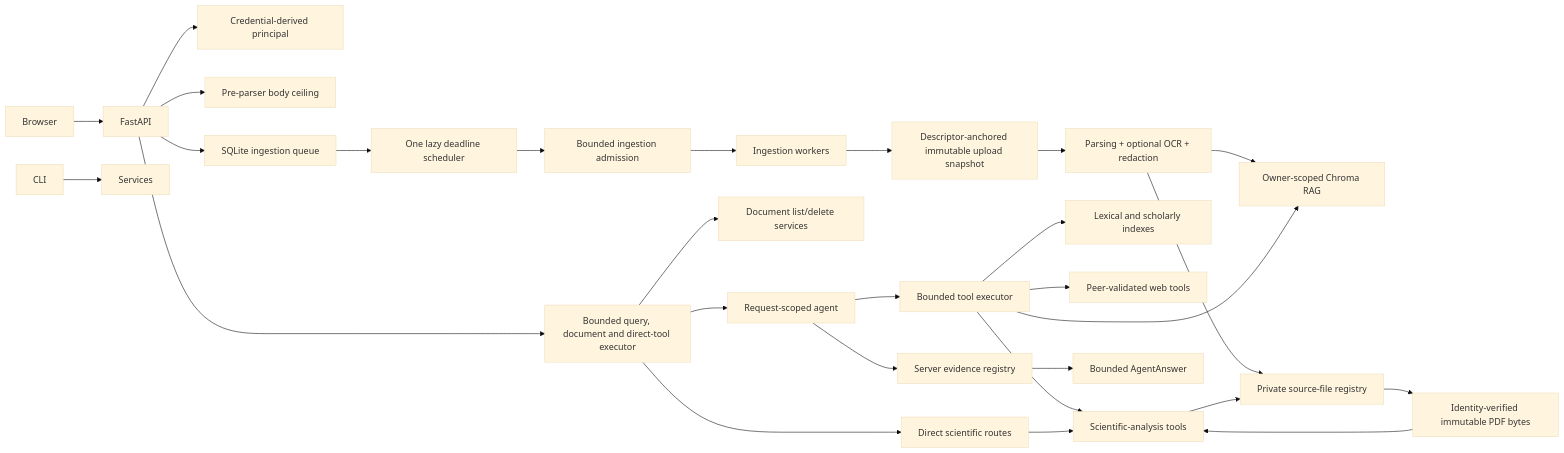
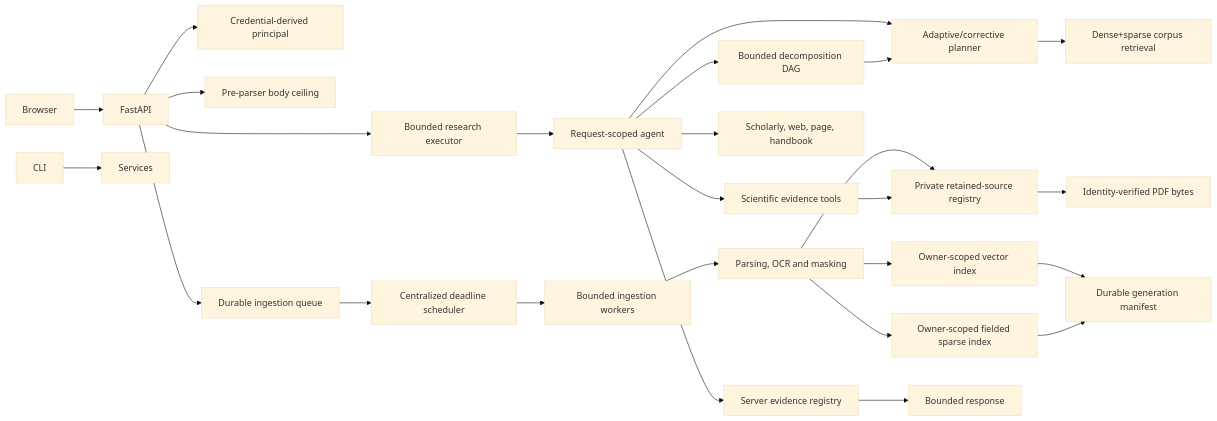
Before and after one commit to Anurag9000/RigorousRAG: the diagram in README.md, drawn with Mermaid (base theme). The commit also changed other lines of this file, not shown here.

Commit message:
Refresh README for main-only adaptive multi-hop architecture

````diff
--- a/README.md
+++ b/README.md
@@ -17,30 +29,28 @@
 ```mermaid
 graph LR
     Browser --> FastAPI
     CLI --> Services
     FastAPI --> Principal[Credential-derived principal]
     FastAPI --> BodyLimit[Pre-parser body ceiling]
-    FastAPI --> ResearchPool[Bounded query, document and direct-tool executor]
+    FastAPI --> ResearchPool[Bounded research executor]
+    FastAPI --> Queue[Durable ingestion queue]
+    Queue --> Scheduler[Centralized deadline scheduler]
+    Scheduler --> Workers[Bounded ingestion workers]
+    Workers --> Parser[Parsing, OCR and masking]
+    Parser --> Vector[Owner-scoped vector index]
+    Parser --> Sparse[Owner-scoped fielded sparse index]
+    Parser --> Registry[Private retained-source registry]
+    Vector --> Generation[Durable generation manifest]
+    Sparse --> Generation
     ResearchPool --> Agent[Request-scoped agent]
-    ResearchPool --> DirectTools[Direct scientific routes]
-    ResearchPool --> Library[Document list/delete services]
-    FastAPI --> Queue[SQLite ingestion queue]
-    Queue --> Scheduler[One lazy deadline scheduler]
-    Scheduler --> Admission[Bounded ingestion admission]
-    Admission --> Workers[Ingestion workers]
-    Workers --> Snapshot[Descriptor-anchored immutable upload snapshot]
-    Snapshot --> Parser[Parsing + optional OCR + redaction]
-    Parser --> RAG[Owner-scoped Chroma RAG]
-    Parser --> Registry[Private source-file registry]
-    Agent --> ToolPool[Bounded tool executor]
-    ToolPool --> Academic[Lexical and scholarly indexes]
-    ToolPool --> RAG
-    ToolPool --> Web[Peer-validated web tools]
-    ToolPool --> Integrity[Scientific-analysis tools]
-    DirectTools --> Integrity
-    Integrity --> Registry
-    Registry --> VisualBytes[Identity-verified immutable PDF bytes]
-    VisualBytes --> Integrity
+    Agent --> Adaptive[Adaptive/corrective planner]
+    Adaptive --> Hybrid[Dense+sparse corpus retrieval]
+    Agent --> MultiHop[Bounded decomposition DAG]
+    MultiHop --> Adaptive
+    Agent --> PublicTools[Scholarly, web, page, handbook]
+    Agent --> Science[Scientific evidence tools]
+    Science --> Registry
+    Registry --> Visual[Identity-verified PDF bytes]
     Agent --> Evidence[Server evidence registry]
-    Evidence --> Answer[Bounded AgentAnswer]
+    Evidence --> Answer[Bounded response]
 ```
````
